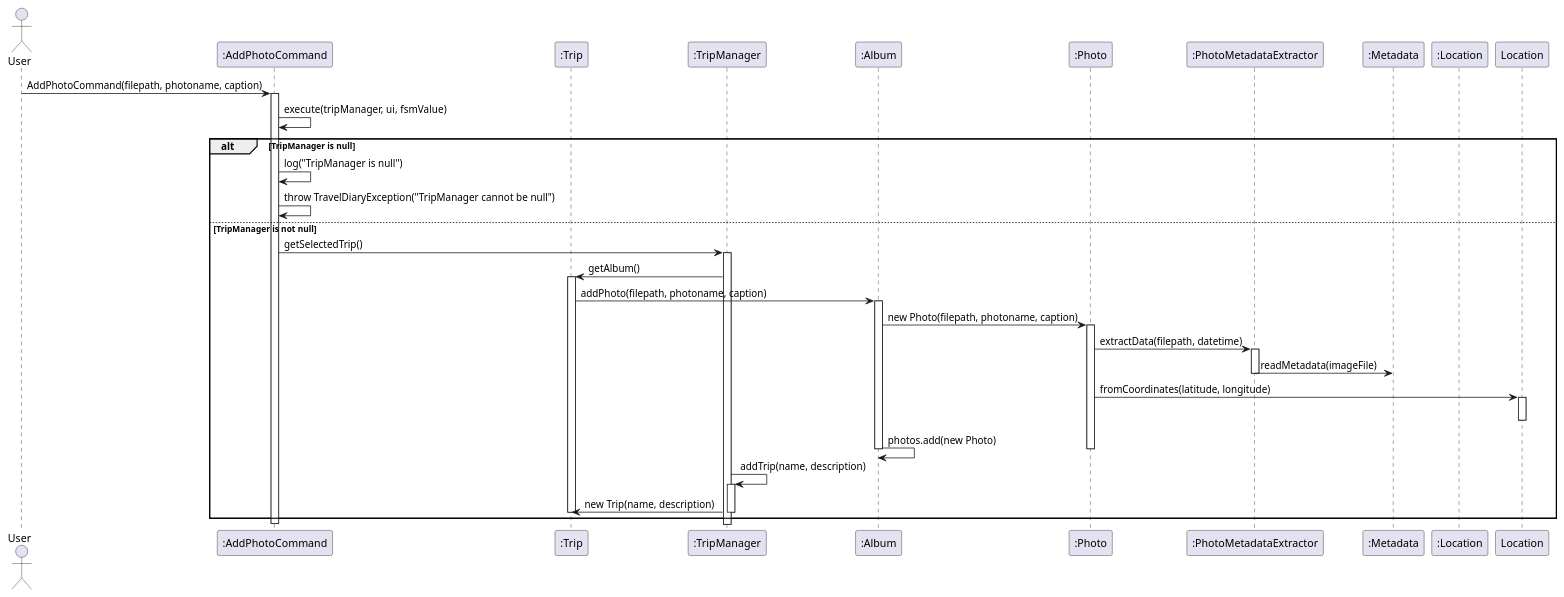
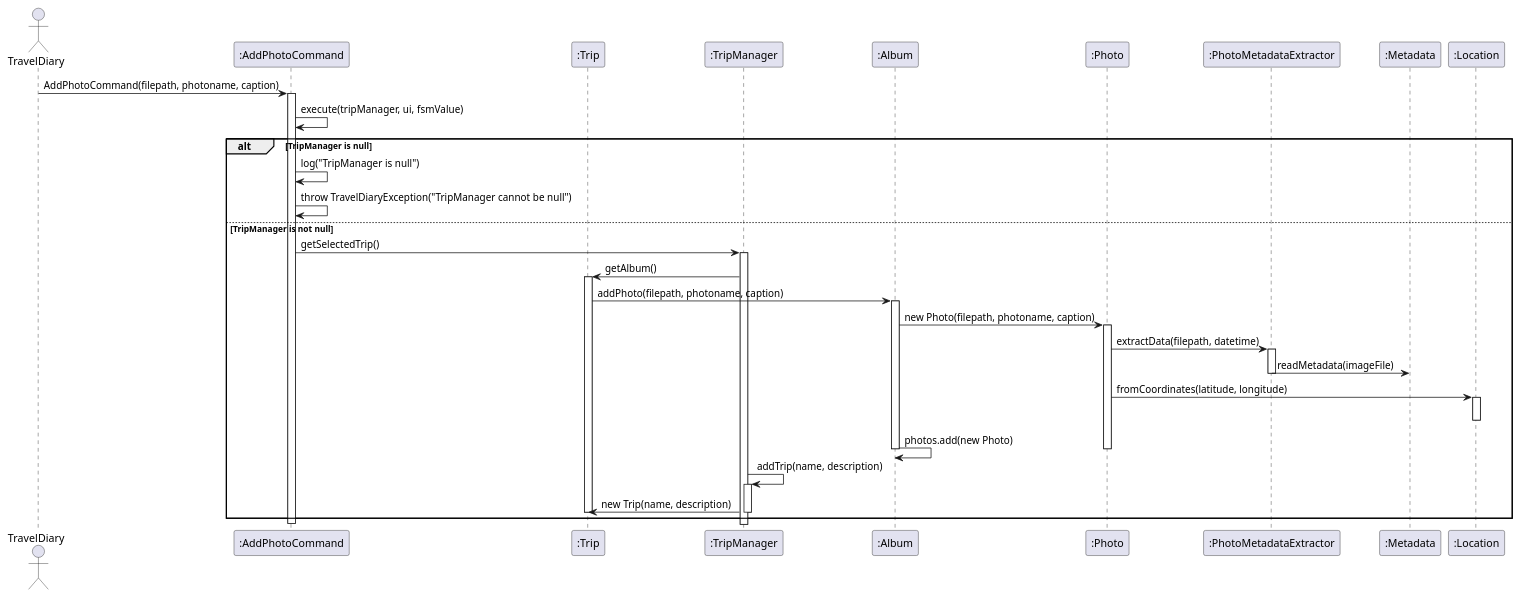
Before and after one commit to ojassurana/tp: the diagram in docs/puml_files/AddPhotoProcess.puml, drawn with PlantUML. The commit also changed 4 other files, not shown here.

```diff
--- a/docs/puml_files/AddPhotoProcess.puml
+++ b/docs/puml_files/AddPhotoProcess.puml
@@ -1,54 +1,54 @@
 @startuml
-actor User
+actor TravelDiary
 
 
 participant ":AddPhotoCommand" as AddPhotoCommand
 participant ":Trip" as Trip
 participant ":TripManager" as TripManager
 participant ":Album" as Album
 participant ":Photo" as Photo
 participant ":PhotoMetadataExtractor" as PhotoMetadataExtractor
 participant ":Metadata" as Metadata
-participant ":Location" as location
+participant ":Location" as Location
 
-User     -> AddPhotoCommand: AddPhotoCommand(filepath, photoname, caption)
+TravelDiary -> AddPhotoCommand: AddPhotoCommand(filepath, photoname, caption)
 activate AddPhotoCommand
 
 AddPhotoCommand -> AddPhotoCommand: execute(tripManager, ui, fsmValue)
 alt TripManager is null
     AddPhotoCommand -> AddPhotoCommand: log("TripManager is null")
     AddPhotoCommand -> AddPhotoCommand: throw TravelDiaryException("TripManager cannot be null")
 else TripManager is not null
     AddPhotoCommand -> TripManager: getSelectedTrip()
     activate TripManager
     TripManager -> Trip: getAlbum()
     activate Trip
 
     Trip -> Album: addPhoto(filepath, photoname, caption)
     activate Album
 
     Album -> Photo: new Photo(filepath, photoname, caption)
     activate Photo
     Photo -> PhotoMetadataExtractor: extractData(filepath, datetime)
     activate PhotoMetadataExtractor
     PhotoMetadataExtractor -> Metadata: readMetadata(imageFile)
     deactivate PhotoMetadataExtractor
 
     Photo -> Location: fromCoordinates(latitude, longitude)
     activate Location
     deactivate Location
 
     Album -> Album: photos.add(new Photo)
     deactivate Photo
     deactivate Album
 
     TripManager -> TripManager: addTrip(name, description)
     activate TripManager
     TripManager -> Trip: new Trip(name, description)
     deactivate Trip
     deactivate TripManager
 
 end
 deactivate AddPhotoCommand
 
 @enduml
```
